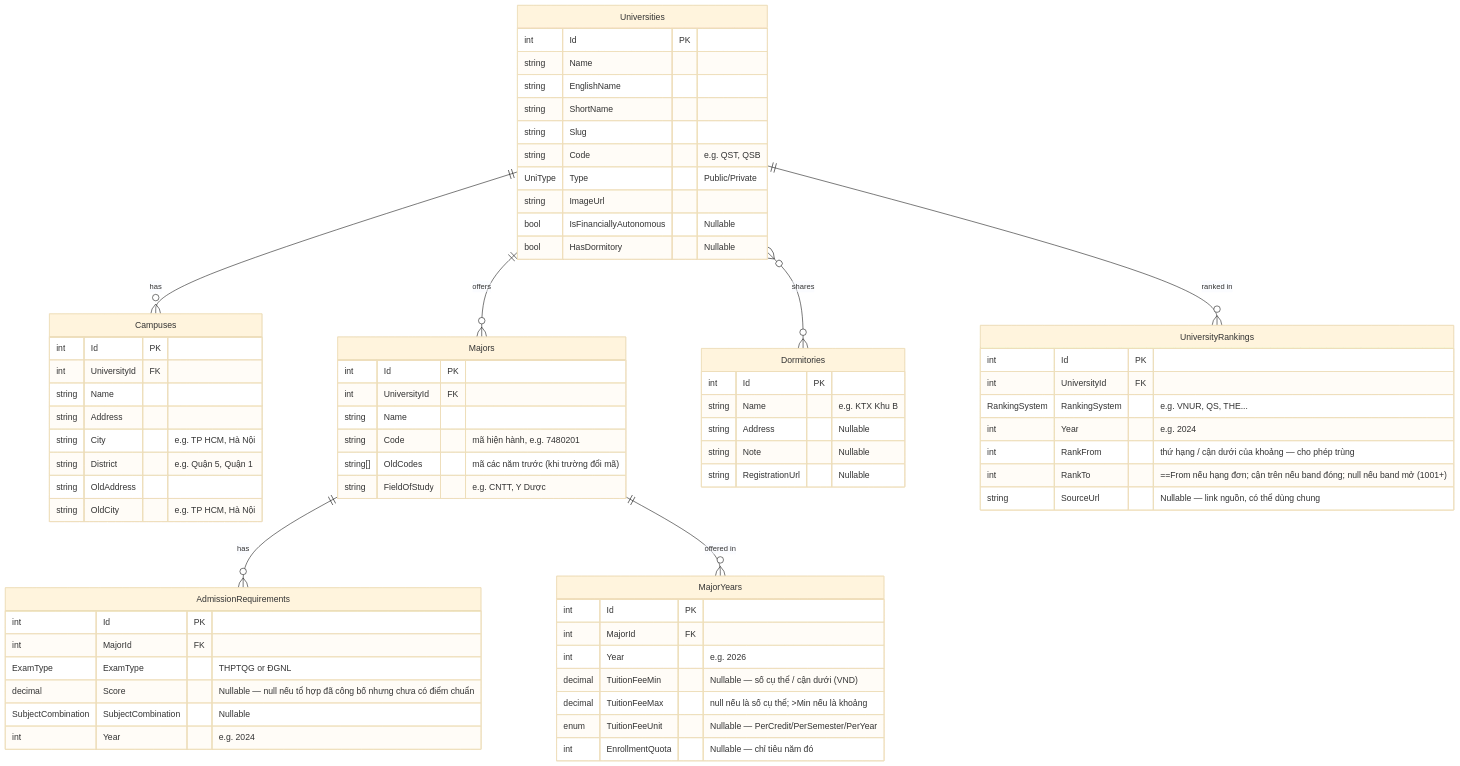
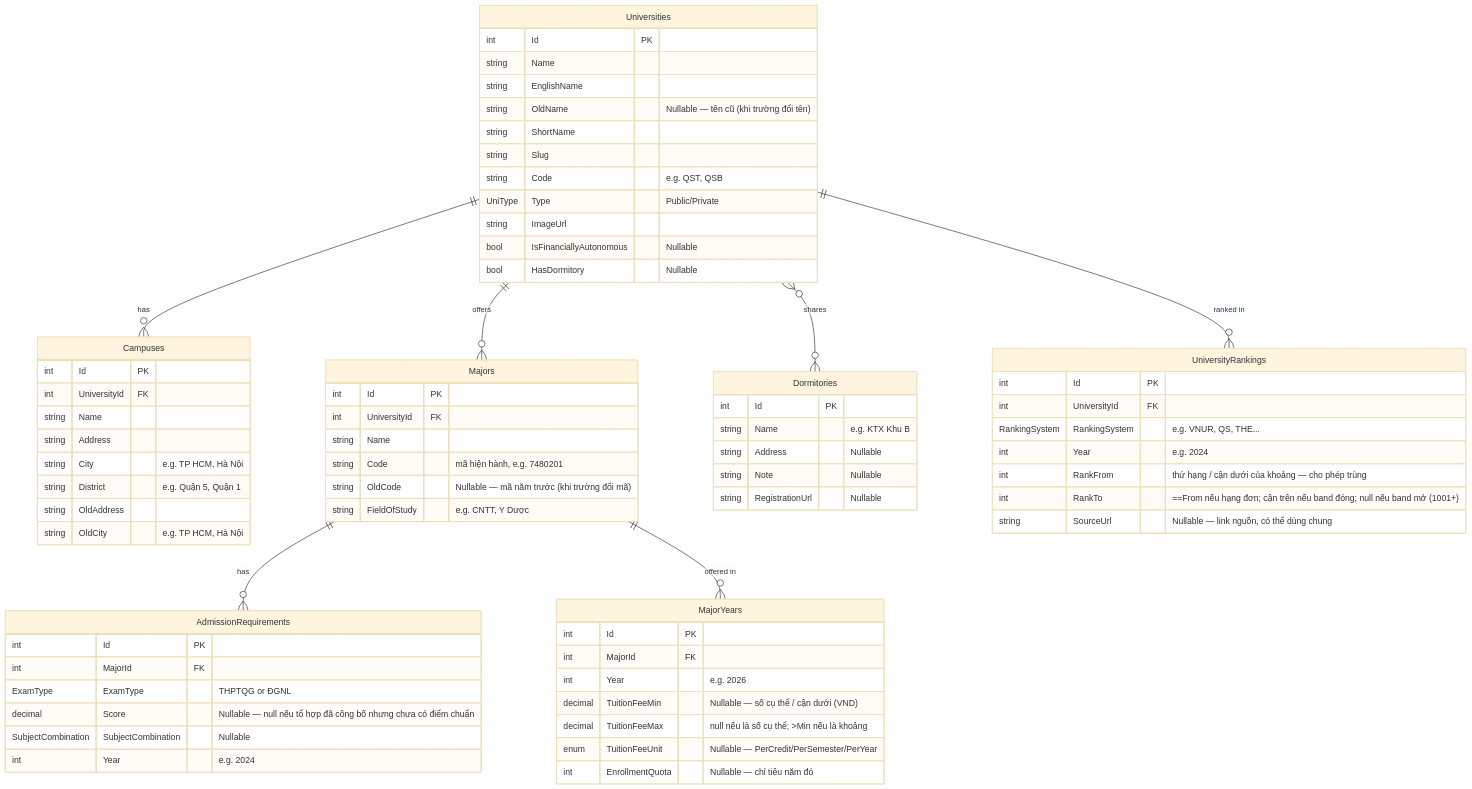
Before and after one commit to longhuynhdev/TimTruong: the diagram in docs/ER-model.md, drawn with Mermaid (base theme). The commit also changed 10 other files, not shown here.

Commit message:
feat(server,data): add University.OldName, simplify Major.OldCodes→OldCode

````diff
--- a/docs/ER-model.md
+++ b/docs/ER-model.md
@@ -1,79 +1,80 @@
 ```mermaid
 erDiagram
     Universities ||--o{ Campuses : "has"
     Universities ||--o{ Majors : "offers"
     Universities }o--o{ Dormitories : "shares"
     Universities ||--o{ UniversityRankings : "ranked in"
     Majors ||--o{ AdmissionRequirements : "has"
     Majors ||--o{ MajorYears : "offered in"
 
     Universities {
         int Id PK
         string Name
         string EnglishName
+        string OldName "Nullable — tên cũ (khi trường đổi tên)"
         string ShortName
         string Slug
         string Code "e.g. QST, QSB"
         UniType Type "Public/Private"
         string ImageUrl
         bool IsFinanciallyAutonomous "Nullable"
         bool HasDormitory "Nullable"
     }
 
     Dormitories {
         int Id PK
         string Name "e.g. KTX Khu B"
         string Address "Nullable"
         string Note "Nullable"
         string RegistrationUrl "Nullable"
     }
 
     Campuses {
         int Id PK
         int UniversityId FK
         string Name
         string Address
         string City "e.g. TP HCM, Hà Nội"
         string District "e.g. Quận 5, Quận 1"
         string OldAddress
         string OldCity "e.g. TP HCM, Hà Nội"
     }
 
     Majors {
         int Id PK
         int UniversityId FK
         string Name
         string Code "mã hiện hành, e.g. 7480201"
-        string[] OldCodes "mã các năm trước (khi trường đổi mã)"
+        string OldCode "Nullable — mã năm trước (khi trường đổi mã)"
         string FieldOfStudy "e.g. CNTT, Y Dược"
     }
 
     MajorYears {
         int Id PK
         int MajorId FK
         int Year "e.g. 2026"
         decimal TuitionFeeMin "Nullable — số cụ thể / cận dưới (VND)"
         decimal TuitionFeeMax "null nếu là số cụ thể; >Min nếu là khoảng"
         enum TuitionFeeUnit "Nullable — PerCredit/PerSemester/PerYear"
         int EnrollmentQuota "Nullable — chỉ tiêu năm đó"
     }
 
     AdmissionRequirements {
         int Id PK
         int MajorId FK
         ExamType ExamType "THPTQG or ĐGNL"
         decimal Score "Nullable — null nếu tổ hợp đã công bố nhưng chưa có điểm chuẩn"
         SubjectCombination SubjectCombination "Nullable"
         int Year "e.g. 2024"
     }
 
     UniversityRankings {
         int Id PK
         int UniversityId FK
         RankingSystem RankingSystem "e.g. VNUR, QS, THE..."
         int Year "e.g. 2024"
         int RankFrom "thứ hạng / cận dưới của khoảng — cho phép trùng"
         int RankTo "==From nếu hạng đơn; cận trên nếu band đóng; null nếu band mở (1001+)"
         string SourceUrl "Nullable — link nguồn, có thể dùng chung"
     }
 ```    
````
